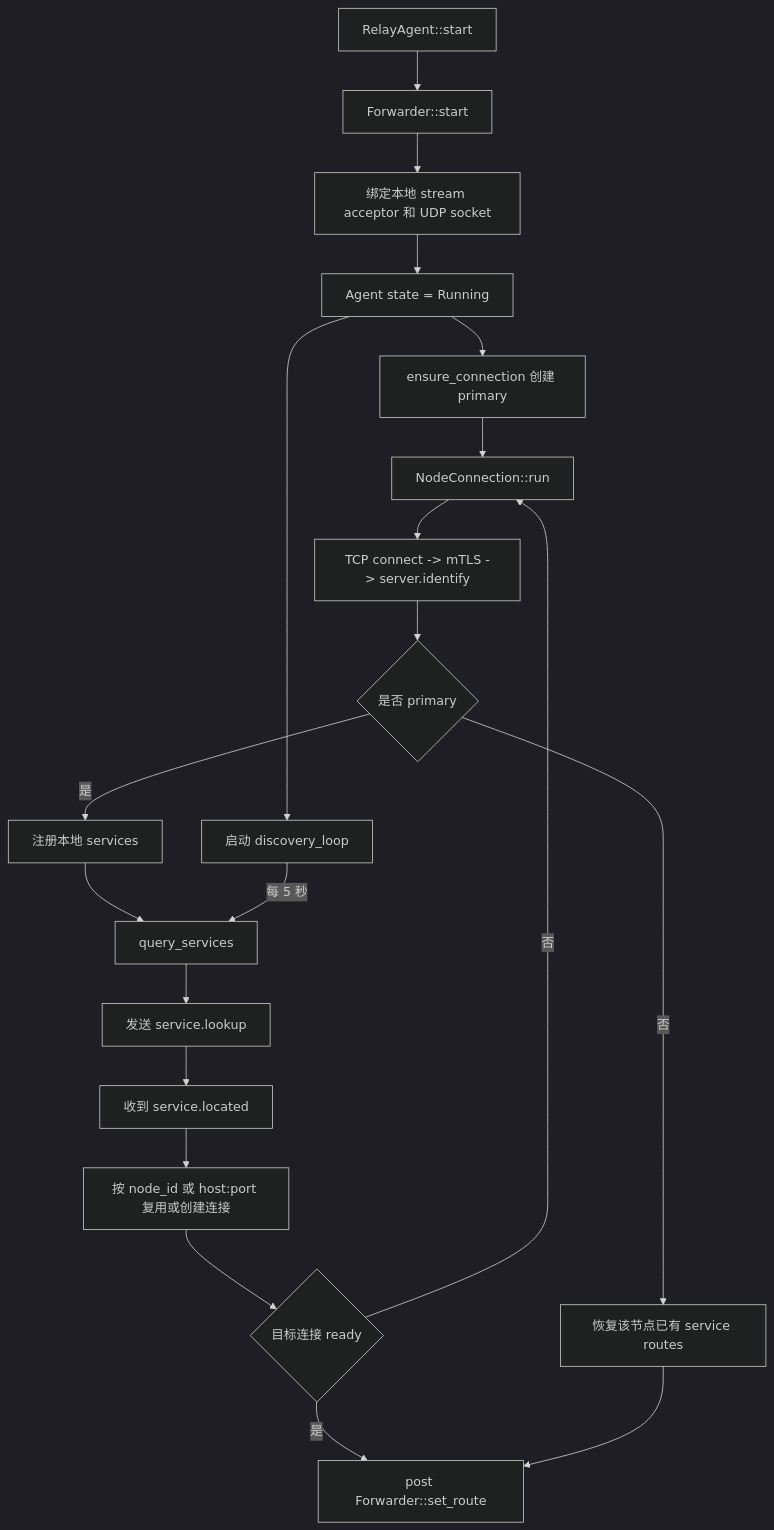
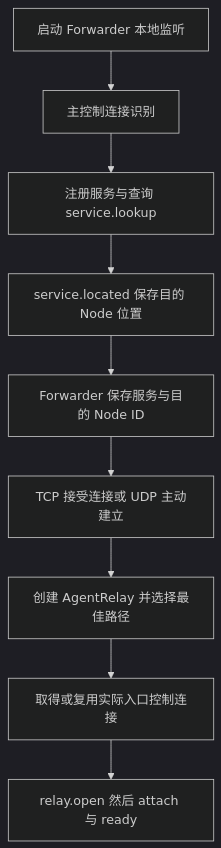
The fourth of 12 diagrams in docs/RelayWeave设计.md (Xtinc/relayweave), drawn with Mermaid (dark theme) before and after one commit. The commit also changed other lines of this file and 54 other files, not shown here.

````diff
--- a/docs/RelayWeave设计.md
+++ b/docs/RelayWeave设计.md
@@ -461,22 +410,11 @@
 ```mermaid
 flowchart TD
-    A[RelayAgent::start] --> B[Forwarder::start]
-    B --> C[绑定本地 stream acceptor 和 UDP socket]
-    C --> D[Agent state = Running]
-    D --> E[ensure_connection 创建 primary]
-    D --> F[启动 discovery_loop]
-    E --> G[NodeConnection::run]
-    G --> H[TCP connect -> mTLS -> server.identify]
-    H --> I{是否 primary}
-    I -- 是 --> J[注册本地 services]
-    I -- 否 --> K[恢复该节点已有 service routes]
-    J --> L[query_services]
-    F -->|每 5 秒| L
-    L --> M[发送 service.lookup]
-    M --> N[收到 service.located]
-    N --> O[按 node_id 或 host:port 复用或创建连接]
-    O --> P{目标连接 ready}
-    P -- 否 --> G
-    P -- 是 --> Q[post Forwarder::set_route]
-    K --> Q
+    A[启动 Forwarder 本地监听] --> B[主控制连接识别]
+    B --> C[注册服务与查询 service.lookup]
+    C --> D[service.located 保存目的 Node 位置]
+    D --> E[Forwarder 保存服务与目的 Node ID]
+    E --> F[TCP 接受连接或 UDP 主动建立]
+    F --> G[创建 AgentRelay 并选择最佳路径]
+    G --> H[取得或复用实际入口控制连接]
+    H --> I[relay.open 然后 attach 与 ready]
 ```
````
